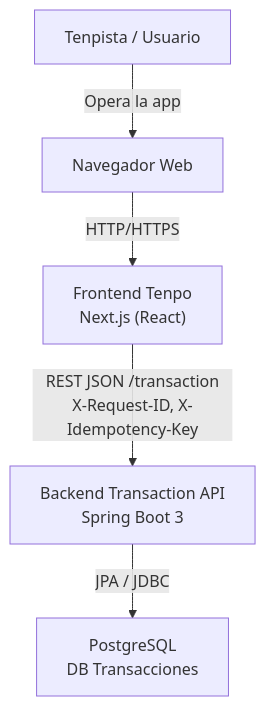
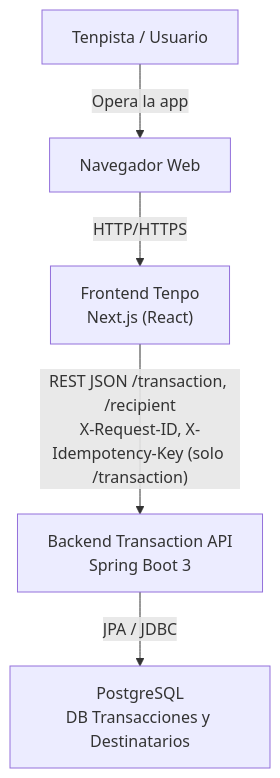
One commit to fperezarate/challenge changed the first of 2 diagrams in README.md. Above: the diagram before and after it, drawn with Mermaid. The commit also changed other lines of this file and 1 other file, not shown here.

````diff
--- a/README.md
+++ b/README.md
@@ -11,13 +11,13 @@
 ```mermaid
 graph TD
     actorTenpista["Tenpista / Usuario"]
     browser["Navegador Web"]
     frontend["Frontend Tenpo<br/>Next.js (React)"]
     backend["Backend Transaction API<br/>Spring Boot 3"]
-    postgres["PostgreSQL<br/>DB Transacciones"]
+    postgres["PostgreSQL<br/>DB Transacciones y Destinatarios"]
 
     actorTenpista -->|Opera la app| browser
     browser -->|HTTP/HTTPS| frontend
-    frontend -->|"REST JSON /transaction<br/>X-Request-ID, X-Idempotency-Key"| backend
+    frontend -->|"REST JSON /transaction, /recipient<br/>X-Request-ID, X-Idempotency-Key (solo /transaction)"| backend
     backend -->|"JPA / JDBC"| postgres
 ```
````
